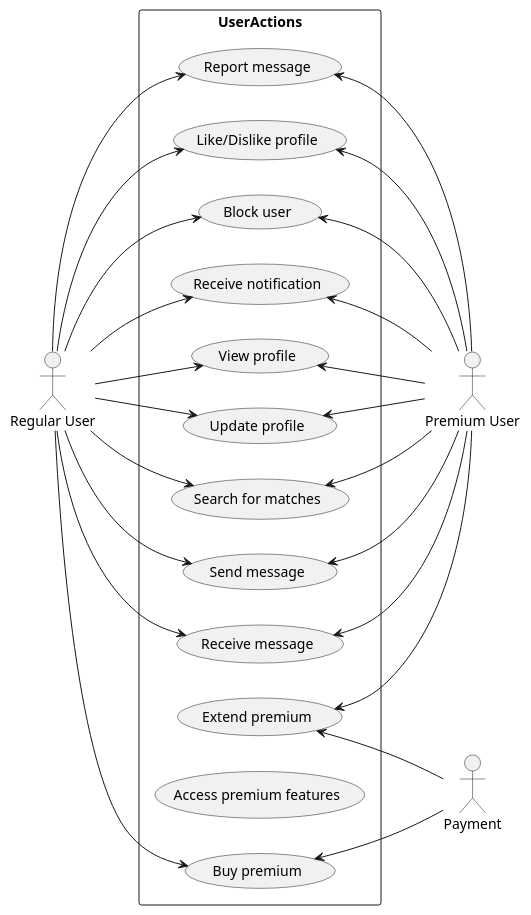
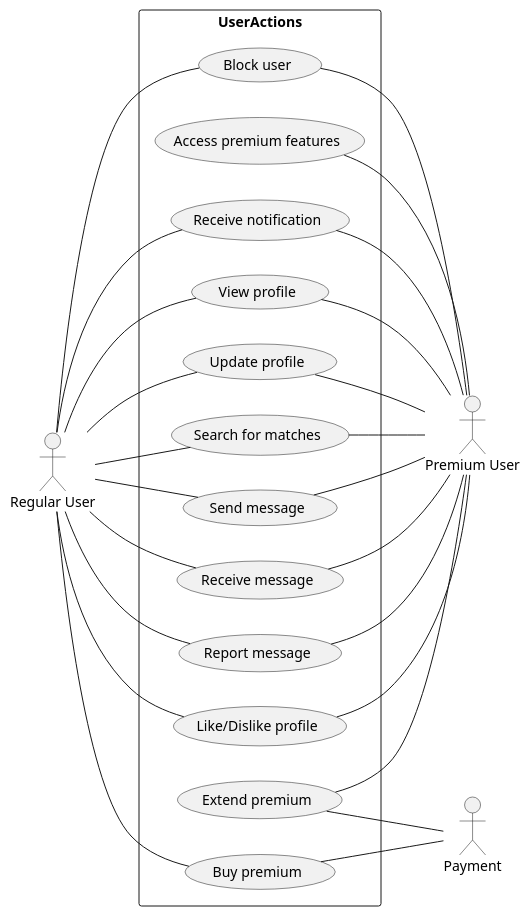
Before and after one commit to dkdeptrai/SE357-Practice_Class: the diagram in Lab1/Lab1.2/usecase_diagram/use_case_user_actions.puml, drawn with PlantUML. The commit also changed 6 other files, not shown here.

Commit message:
chore: remove arrows in use case diagram

```diff
--- a/Lab1/Lab1.2/usecase_diagram/use_case_user_actions.puml
+++ b/Lab1/Lab1.2/usecase_diagram/use_case_user_actions.puml
@@ -1,46 +1,47 @@
 @startuml
 :Regular User: as ru
 :Premium User: as pu
 :Payment: as payment
 
 left to right direction
 rectangle UserActions {
   (View profile) as viewProfile
   (Update profile) as updateProfile
   (Search for matches) as searchMatches
   (Send message) as sendMessage
   (Receive message) as receiveMessage
   (Report message) as reportMessage
   (Like/Dislike profile) as reactProfile
   (Block user) as blockUser
   (Receive notification) as receiveNotification
   (Buy premium) as buyPremium
   (Access premium features) as accessPremium
   (Extend premium) as extendPremium
 }
 
-ru --> viewProfile
-ru --> updateProfile
-ru --> searchMatches
-ru --> sendMessage
-ru --> receiveMessage
-ru --> reportMessage
-ru --> reactProfile
-ru --> blockUser
-ru --> receiveNotification
-ru --> buyPremium
+ru -- viewProfile
+ru -- updateProfile
+ru -- searchMatches
+ru -- sendMessage
+ru -- receiveMessage
+ru -- reportMessage
+ru -- reactProfile
+ru -- blockUser
+ru -- receiveNotification
+ru -- buyPremium
 
-viewProfile <-- pu
-updateProfile <-- pu
-searchMatches <-- pu
-sendMessage <-- pu
-receiveMessage <-- pu
-reportMessage <-- pu
-reactProfile <-- pu
-blockUser <-- pu
-receiveNotification <-- pu
-extendPremium <-- pu
+viewProfile -- pu
+updateProfile -- pu
+searchMatches -- pu
+sendMessage -- pu
+receiveMessage -- pu
+reportMessage -- pu
+reactProfile -- pu
+blockUser -- pu
+receiveNotification -- pu
+accessPremium -- pu
+extendPremium -- pu
 
-buyPremium <-- payment
-extendPremium <-- payment
+buyPremium -- payment
+extendPremium -- payment
 @enduml
```
